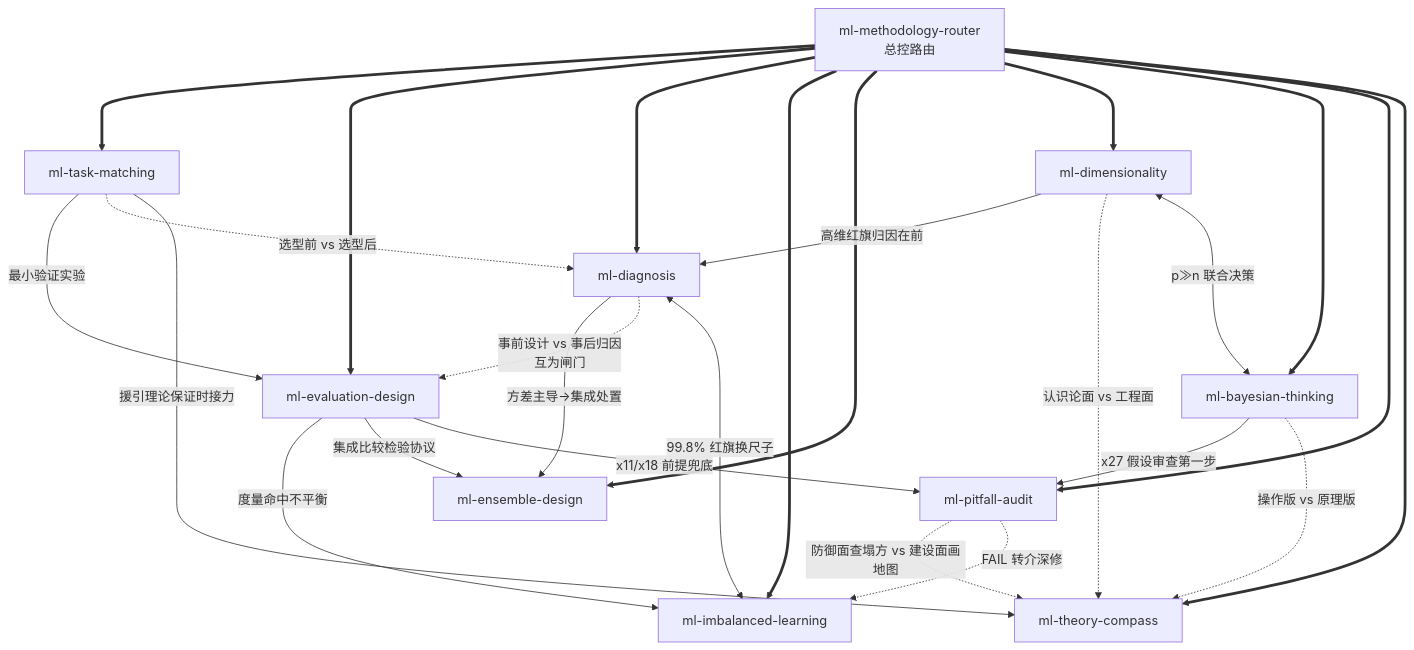
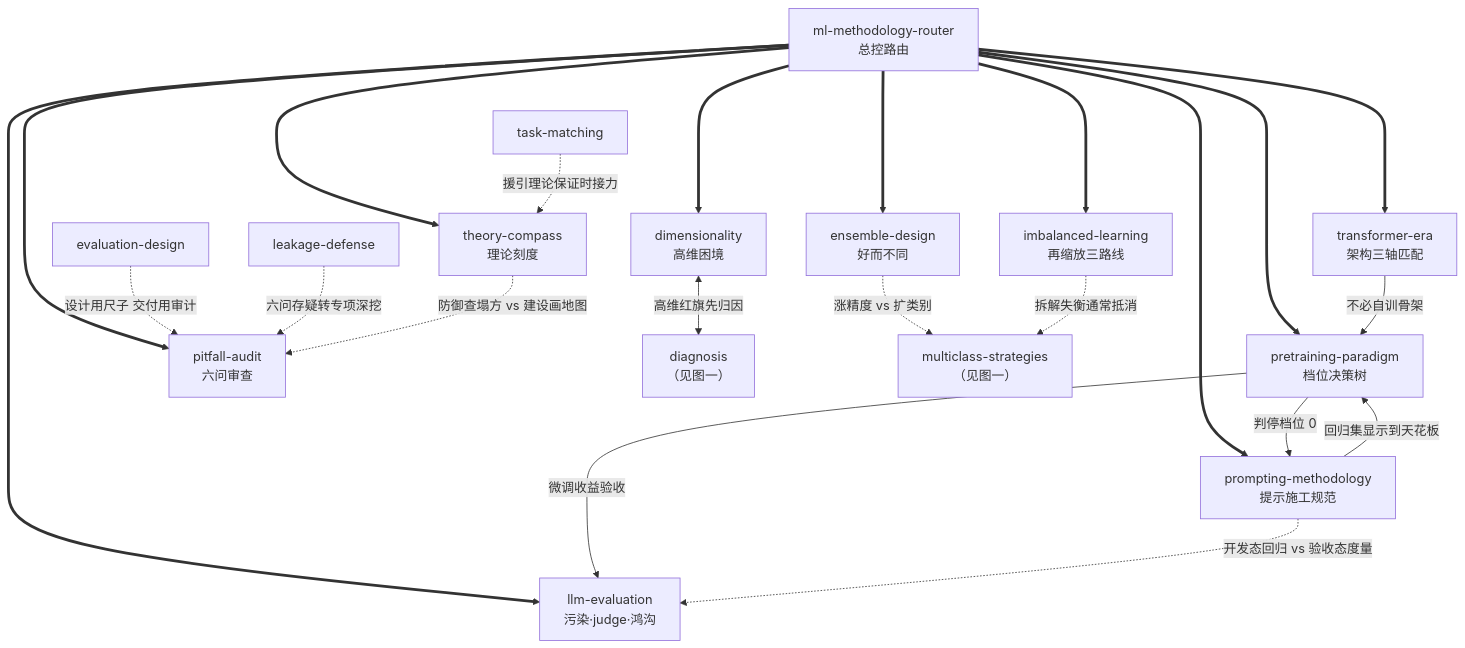
One commit to fieldlu/Machine-learning-skills changed the second of 2 diagrams in INDEX.md. Above: the diagram before and after it, drawn with Mermaid. The commit also changed other lines of this file and 60 other files, not shown here.

````diff
--- a/INDEX.md
+++ b/INDEX.md
@@ -36,51 +149,39 @@
 ```mermaid
 graph TD
     R[ml-methodology-router<br/>总控路由]
 
-    TM[ml-task-matching]
-    ED[ml-evaluation-design]
-    DG[ml-diagnosis]
-    IM[ml-imbalanced-learning]
-    EN[ml-ensemble-design]
-    DM[ml-dimensionality]
-    BY[ml-bayesian-thinking]
-    PA[ml-pitfall-audit]
-    TC[ml-theory-compass]
+    %% ⑥ 特殊场景
+    IM[imbalanced-learning<br/>再缩放三路线]
+    EN[ensemble-design<br/>好而不同]
+    DM[dimensionality<br/>高维困境]
 
-    %% router 为中心，组合派发全部子 skill
-    R ===> TM
-    R ===> ED
-    R ===> DG
-    R ===> IM
-    R ===> EN
-    R ===> DM
-    R ===> BY
-    R ===> PA
-    R ===> TC
+    %% ⑦ 大模型场景
+    TE[transformer-era<br/>架构三轴匹配]
+    PP[pretraining-paradigm<br/>档位决策树]
+    PM[prompting-methodology<br/>提示施工规范]
+    LE[llm-evaluation<br/>污染·judge·鸿沟]
 
-    %% 工作流主干
-    TM -->|"最小验证实验"| ED
-    TM -.->|"选型前 vs 选型后"| DG
+    %% ⑧ 工程交付
+    PA[pitfall-audit<br/>六问审查]
+    TC[theory-compass<br/>理论刻度]
 
-    %% 诊断 ↔ 处置
-    DG -->|"方差主导→集成处置"| EN
-    DG -.->|"事前设计 vs 事后归因<br/>互为闸门"| ED
-    DG <-->|"99.8% 红旗换尺子"| IM
+    R ===> IM & EN & DM & TE & PP & PM & LE & PA & TC
 
-    %% 评估 → 专项执行
-    ED -->|"度量命中不平衡"| IM
-    ED -->|"集成比较检验协议"| EN
-    ED -->|"x11/x18 前提兜底"| PA
+    %% 特殊场景互联
+    DM <-->|"高维红旗先归因"| DGX[diagnosis<br/>（见图一）]
+    EN -.->|"涨精度 vs 扩类别"| MC[multiclass-strategies<br/>（见图一）]
+    IM -.->|"拆解失衡通常抵消"| MC
 
-    %% 高维与概率建模
-    DM -->|"高维红旗归因在前"| DG
-    DM -.->|"认识论面 vs 工程面"| TC
-    DM <-->|"p≫n 联合决策"| BY
-    BY -->|"x27 假设审查第一步"| PA
-    BY -.->|"操作版 vs 原理版"| TC
+    %% 大模型链条
+    TE -->|"不必自训骨架"| PP
+    PP -->|"判停档位 0"| PM
+    PM -->|"回归集显示到天花板"| PP
+    PP -->|"微调收益验收"| LE
+    PM -.->|"开发态回归 vs 验收态度量"| LE
 
-    %% 横向审查网络
-    PA -.->|"防御面查塌方 vs 建设面画地图"| TC
-    PA -.->|"FAIL 转介深修"| IM
-    TM -->|"援引理论保证时接力"| TC
+    %% 工程交付闸门
+    EDX[evaluation-design] -.->|"设计用尺子 交付用审计"| PA
+    LDX[leakage-defense] -.->|"六问存疑转专项深挖"| PA
+    TC -.->|"防御查塌方 vs 建设画地图"| PA
+    TMX[task-matching] -.->|"援引理论保证时接力"| TC
 ```
````
